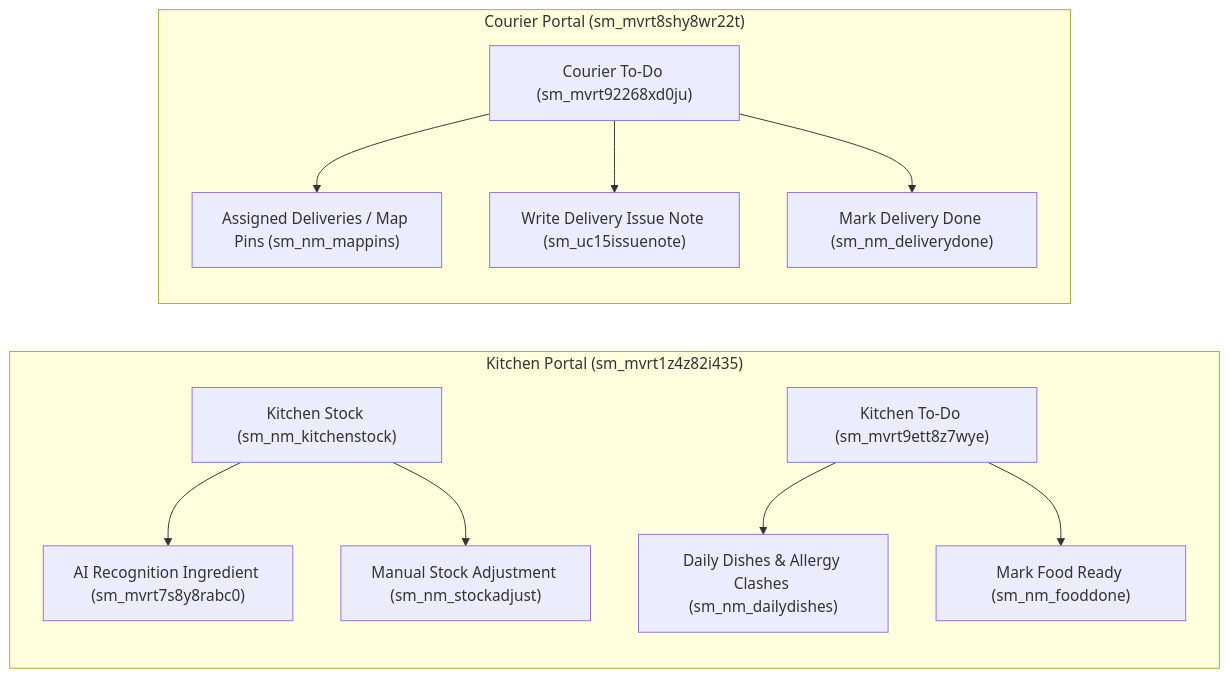
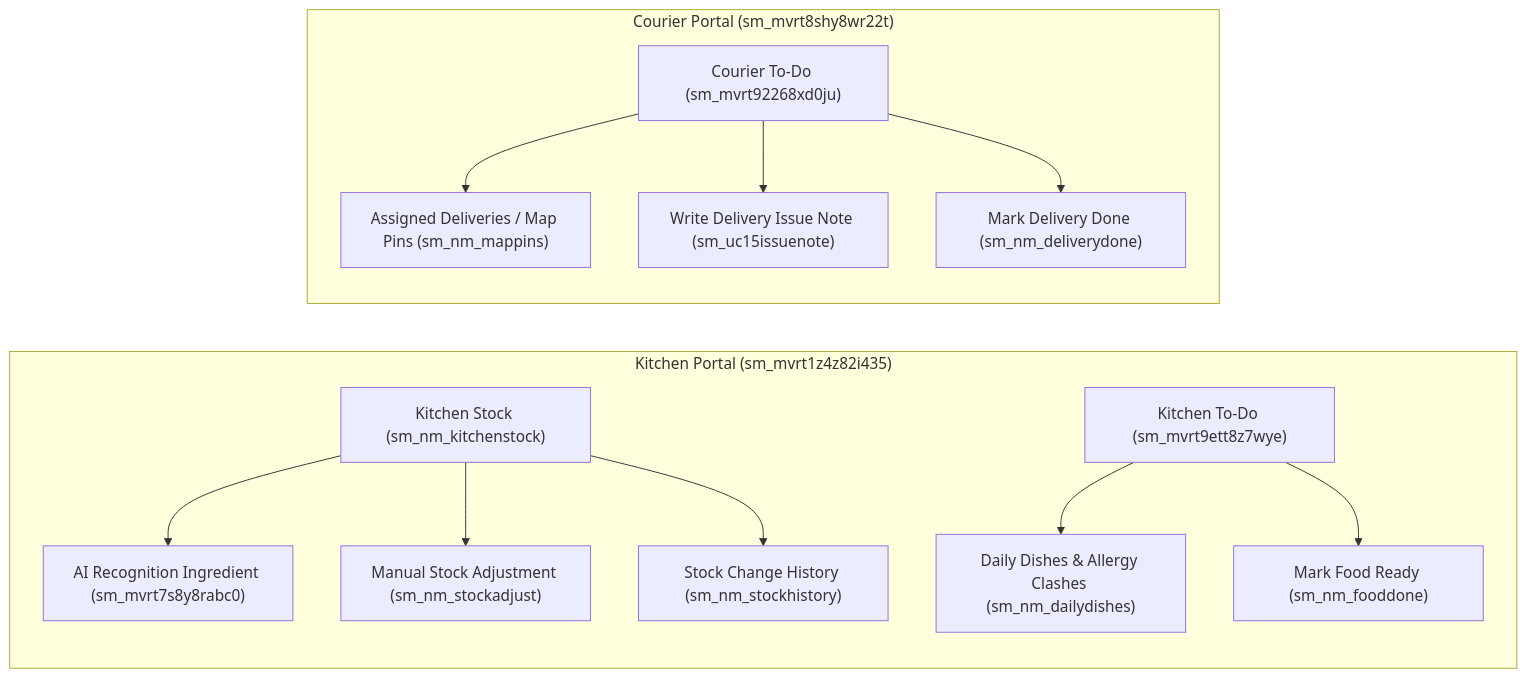
One commit to detrna/LAHAP changed the third of 4 diagrams in docs/design/SITEMAP.md. Above: the diagram before and after it, drawn with Mermaid. The commit also changed other lines of this file and 4 other files, not shown here.

Commit message:
docs: document ingredient stock history in OpenAPI, ERD, UML, SITEMAP and AGENTS

````diff
--- a/docs/design/SITEMAP.md
+++ b/docs/design/SITEMAP.md
@@ -116,26 +116,28 @@
 ```mermaid
 flowchart LR
     subgraph KitchenPortal ["Kitchen Portal (sm_mvrt1z4z82i435)"]
         K_Stock["Kitchen Stock (sm_nm_kitchenstock)"]
         K_OCR["AI Recognition Ingredient (sm_mvrt7s8y8rabc0)"]
         K_Manual["Manual Stock Adjustment (sm_nm_stockadjust)"]
+        K_History["Stock Change History (sm_nm_stockhistory)"]
         K_Stock --> K_OCR
         K_Stock --> K_Manual
+        K_Stock --> K_History
 
         K_ToDo["Kitchen To-Do (sm_mvrt9ett8z7wye)"]
         K_Dishes["Daily Dishes & Allergy Clashes (sm_nm_dailydishes)"]
         K_Ready["Mark Food Ready (sm_nm_fooddone)"]
         K_ToDo --> K_Dishes
         K_ToDo --> K_Ready
     end
 
     subgraph CourierPortal ["Courier Portal (sm_mvrt8shy8wr22t)"]
         C_ToDo["Courier To-Do (sm_mvrt92268xd0ju)"]
         C_Pins["Assigned Deliveries / Map Pins (sm_nm_mappins)"]
         C_Note["Write Delivery Issue Note (sm_uc15issuenote)"]
         C_Done["Mark Delivery Done (sm_nm_deliverydone)"]
         C_ToDo --> C_Pins
         C_ToDo --> C_Note
         C_ToDo --> C_Done
     end
 ```
````
